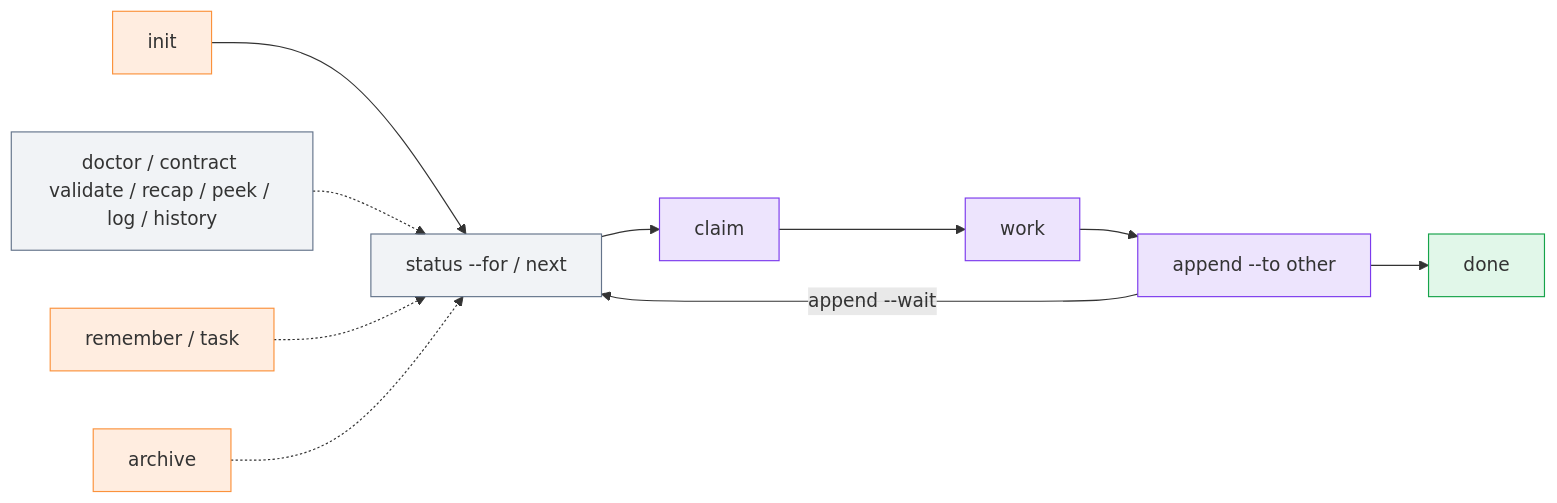
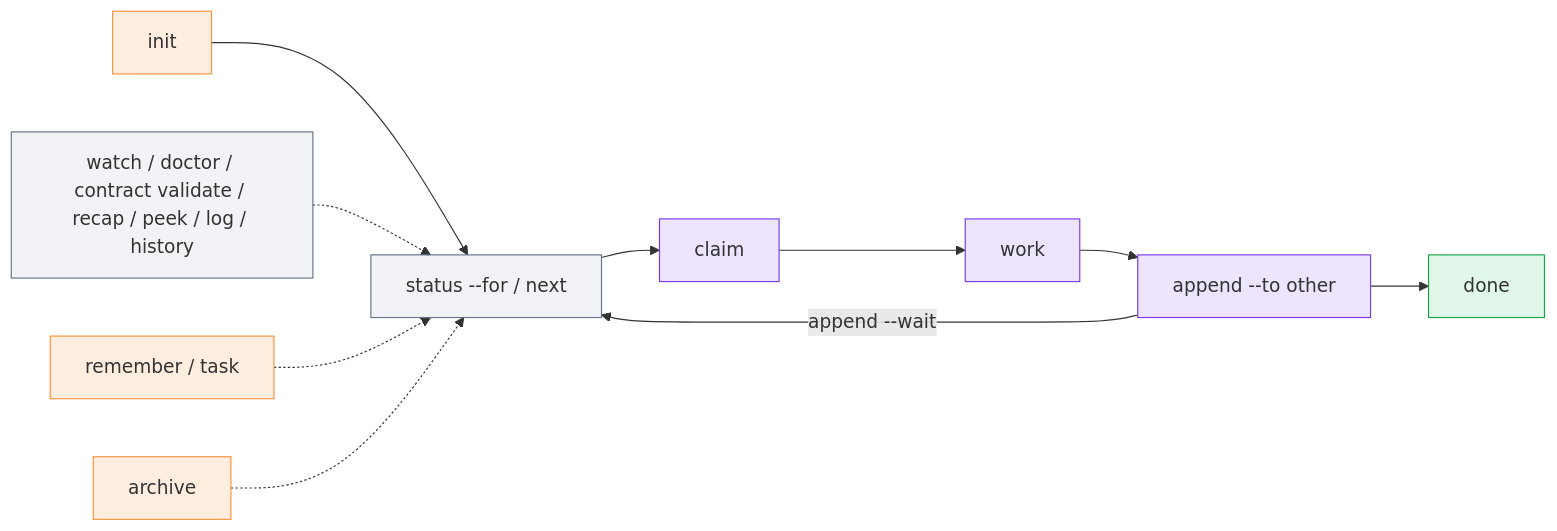
The diagram in docs/reference/cli.md (M8Shift/m8shift.github.io), drawn with Mermaid before and after one commit. The commit also changed other lines of this file and 3 other files, not shown here.

````diff
--- a/docs/reference/cli.md
+++ b/docs/reference/cli.md
@@ -10,21 +10,21 @@
 ```mermaid
 flowchart LR
     INIT["init"] --> ST["status --for / next"]
     ST --> CL["claim"]
     CL --> WK["work"]
     WK --> AP["append --to other"]
     AP -->|"append --wait"| ST
     AP --> DONE["done"]
-    READ["doctor / contract validate / recap / peek / log / history"] -.-> ST
+    READ["watch / doctor / contract validate / recap / peek / log / history"] -.-> ST
     MEM["remember / task"] -.-> ST
     ARCH["archive"] -.-> ST
 
     classDef agent fill:#7c3aed22,stroke:#7c3aed;
     classDef ok fill:#22c55e22,stroke:#16a34a;
     classDef wait fill:#94a3b822,stroke:#64748b;
     classDef store fill:#ff7a1822,stroke:#fb923c;
     class CL,AP,WK agent
     class DONE ok
     class ST,READ wait
     class ARCH,MEM,INIT store
 ```
````
